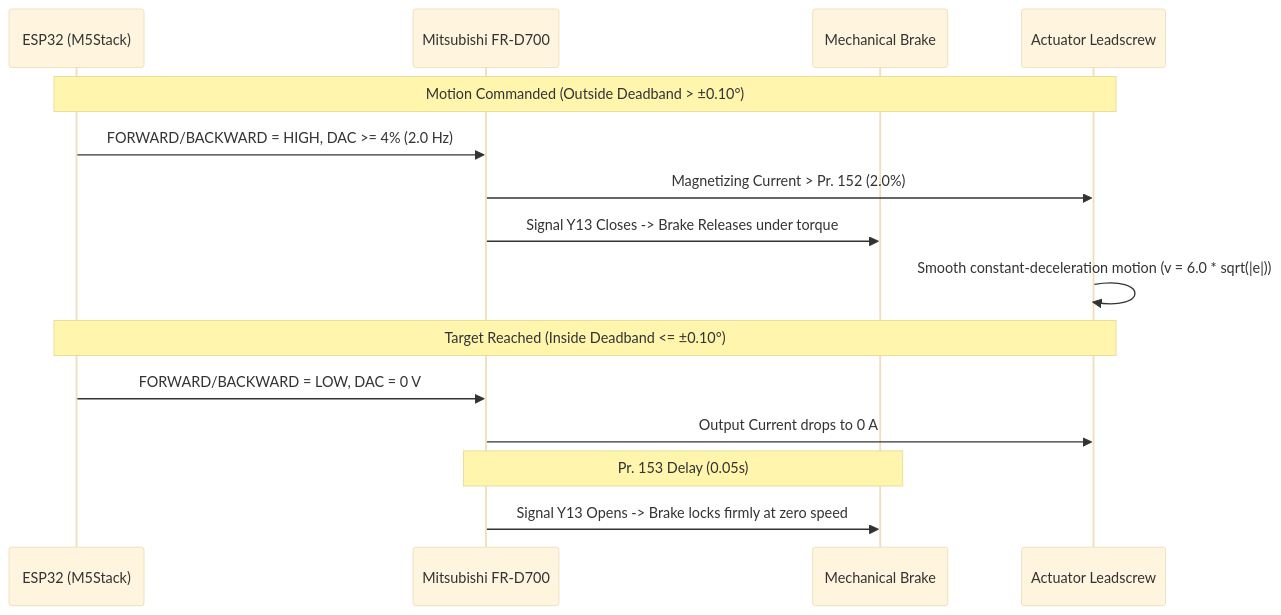
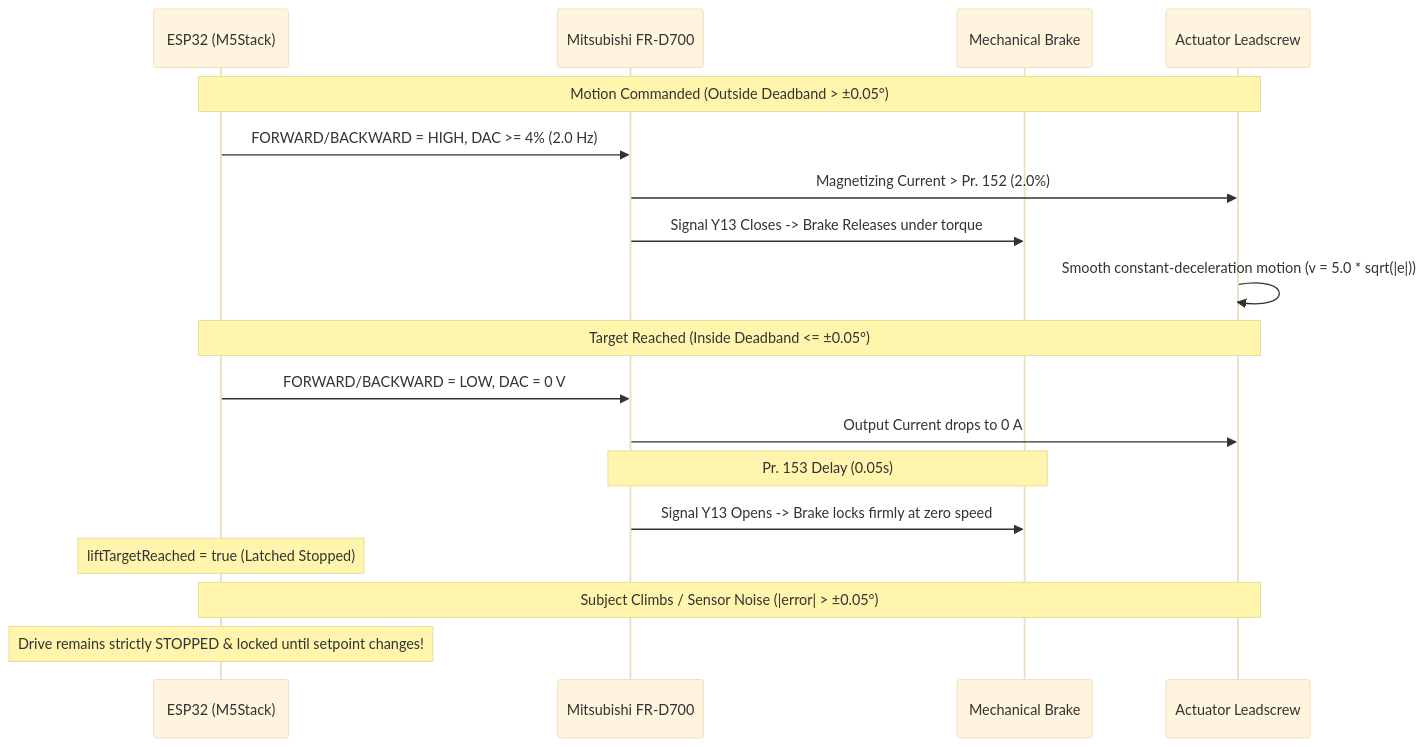
One commit to UNIL-ISSUL/ISSUL-LeMur-Encoders changed the diagram in docs/VFD_SETTINGS.md. Above: the diagram before and after it, drawn with Mermaid (base theme). The commit also changed other lines of this file and 4 other files, not shown here.

First line of the commit message:
feat(lift): implement target positioning latch and increase ADS1110 resolution to 14-bit @ 60 SPS

````diff
--- a/docs/VFD_SETTINGS.md
+++ b/docs/VFD_SETTINGS.md
@@ -30,19 +36,23 @@
 ```mermaid
 sequenceDiagram
     participant ESP as ESP32 (M5Stack)
     participant VFD as Mitsubishi FR-D700
     participant Brake as Mechanical Brake
     participant Motor as Actuator Leadscrew
 
-    Note over ESP,Motor: Motion Commanded (Outside Deadband > ±0.10°)
+    Note over ESP,Motor: Motion Commanded (Outside Deadband > ±0.05°)
     ESP->>VFD: FORWARD/BACKWARD = HIGH, DAC >= 4% (2.0 Hz)
     VFD->>Motor: Magnetizing Current > Pr. 152 (2.0%)
     VFD->>Brake: Signal Y13 Closes -> Brake Releases under torque
-    Motor->>Motor: Smooth constant-deceleration motion (v = 6.0 * sqrt(|e|))
+    Motor->>Motor: Smooth constant-deceleration motion (v = 5.0 * sqrt(|e|))
 
-    Note over ESP,Motor: Target Reached (Inside Deadband <= ±0.10°)
+    Note over ESP,Motor: Target Reached (Inside Deadband <= ±0.05°)
     ESP->>VFD: FORWARD/BACKWARD = LOW, DAC = 0 V
     VFD->>Motor: Output Current drops to 0 A
     Note over VFD,Brake: Pr. 153 Delay (0.05s)
     VFD->>Brake: Signal Y13 Opens -> Brake locks firmly at zero speed
+    Note over ESP: liftTargetReached = true (Latched Stopped)
+
+    Note over ESP,Motor: Subject Climbs / Sensor Noise (|error| > ±0.05°)
+    Note over ESP: Drive remains strictly STOPPED & locked until setpoint changes!
 ```
````
